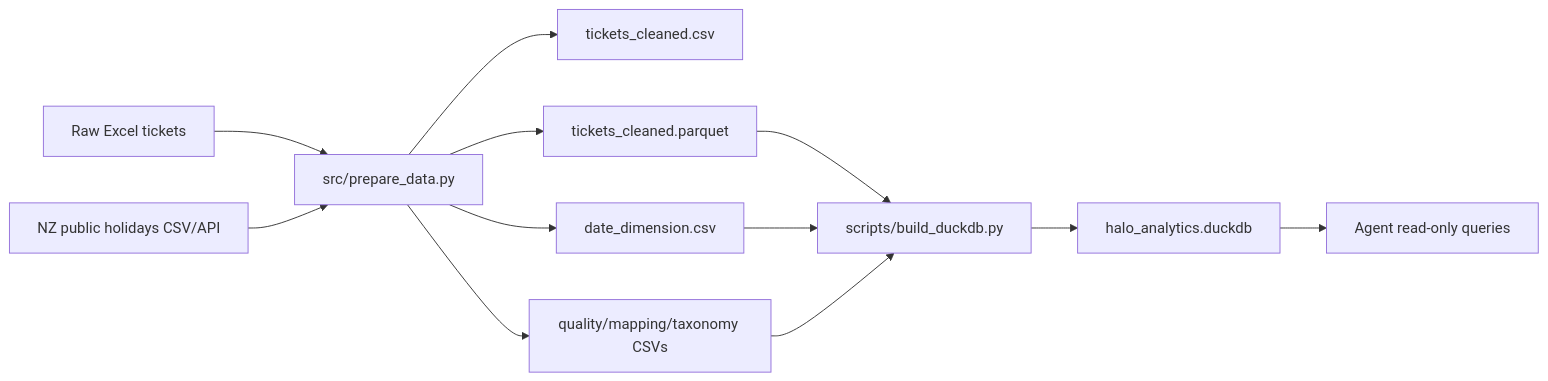
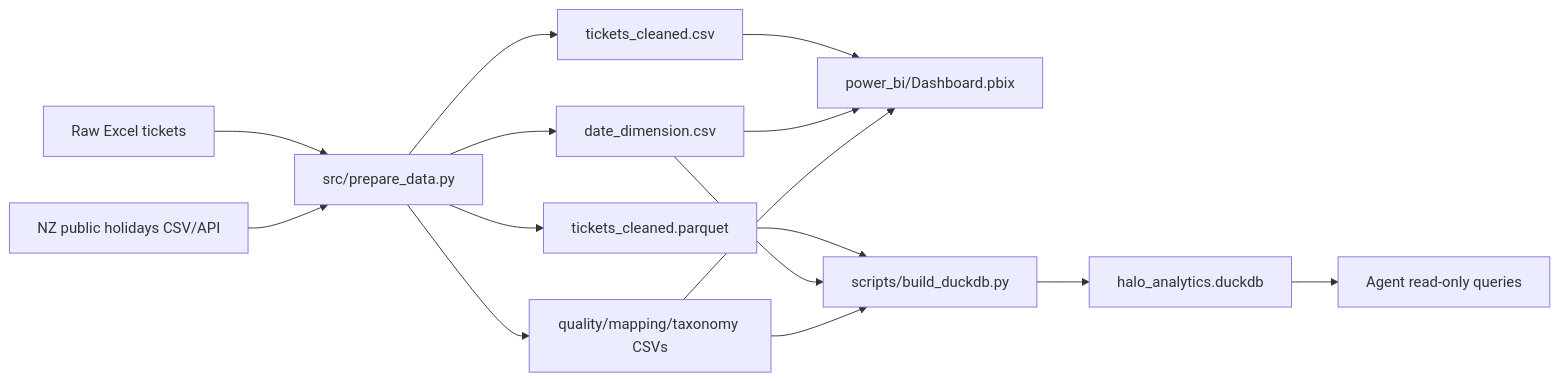
One commit to penguinboy1108/Halo-IT-Data-AI-assessment changed the second of 4 diagrams in design.md. Above: the diagram before and after it, drawn with Mermaid. The commit also changed other lines of this file and 45 other files, not shown here.

````diff
--- a/design.md
+++ b/design.md
@@ -34,14 +48,17 @@
 ```mermaid
 flowchart LR
     A["Raw Excel tickets"] --> B["src/prepare_data.py"]
     C["NZ public holidays CSV/API"] --> B
     B --> D["tickets_cleaned.csv"]
     B --> E["tickets_cleaned.parquet"]
     B --> F["date_dimension.csv"]
     B --> G["quality/mapping/taxonomy CSVs"]
+    D --> P["power_bi/Dashboard.pbix"]
+    F --> P
+    G --> P
     E --> H["scripts/build_duckdb.py"]
     F --> H
     G --> H
     H --> I["halo_analytics.duckdb"]
     I --> J["Agent read-only queries"]
 ```
````
